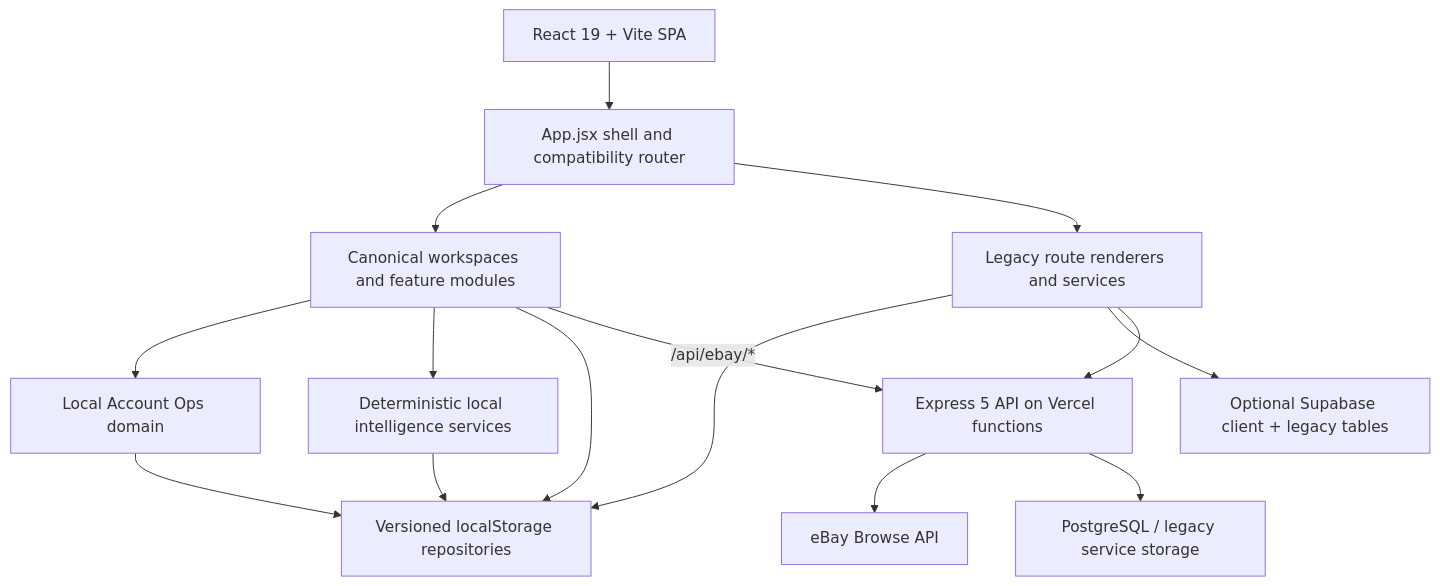
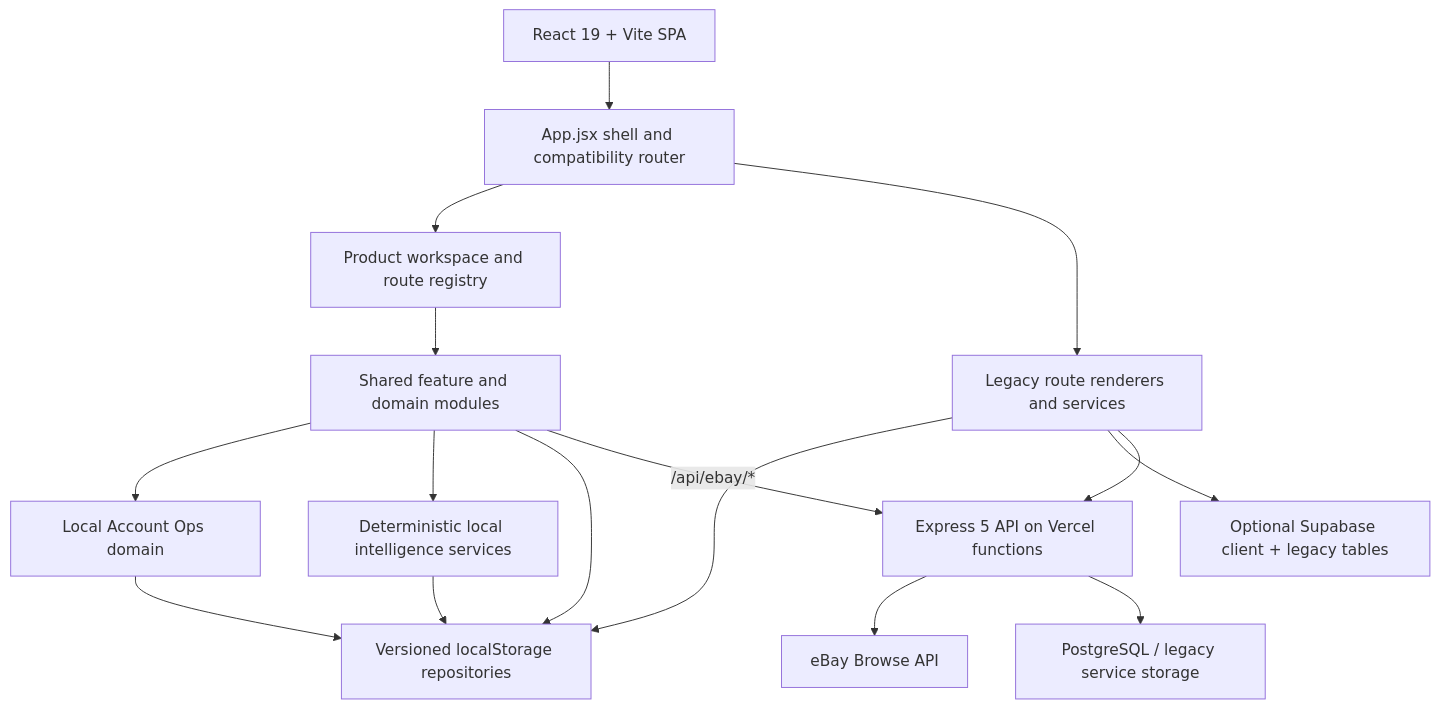
Before and after one commit to zafthegreat-cyber/ember-ledger: the first of 2 diagrams in docs/ARCHITECTURE.md, drawn with Mermaid. The commit also changed other lines of this file and 31 other files, not shown here.

Commit message:
Code 3 Phase 2A.5 workspace architecture

````diff
--- a/docs/ARCHITECTURE.md
+++ b/docs/ARCHITECTURE.md
@@ -91,29 +109,31 @@
 ```mermaid
 flowchart TD
     Browser["React 19 + Vite SPA"]
     Shell["App.jsx shell and compatibility router"]
-    Canonical["Canonical workspaces and feature modules"]
+    Registry["Product workspace and route registry"]
+    Canonical["Shared feature and domain modules"]
     AccountOps["Local Account Ops domain"]
     Intelligence["Deterministic local intelligence services"]
     Legacy["Legacy route renderers and services"]
     Local["Versioned localStorage repositories"]
     Supabase["Optional Supabase client + legacy tables"]
     API["Express 5 API on Vercel functions"]
     Ebay["eBay Browse API"]
     Postgres["PostgreSQL / legacy service storage"]
 
     Browser --> Shell
-    Shell --> Canonical
+    Shell --> Registry
+    Registry --> Canonical
     Canonical --> AccountOps
     Shell --> Legacy
     Canonical --> Intelligence
     Intelligence --> Local
     AccountOps --> Local
     Canonical --> Local
     Legacy --> Local
     Legacy --> Supabase
     Canonical -->|"/api/ebay/*"| API
     Legacy --> API
     API --> Ebay
     API --> Postgres
 ```
````
